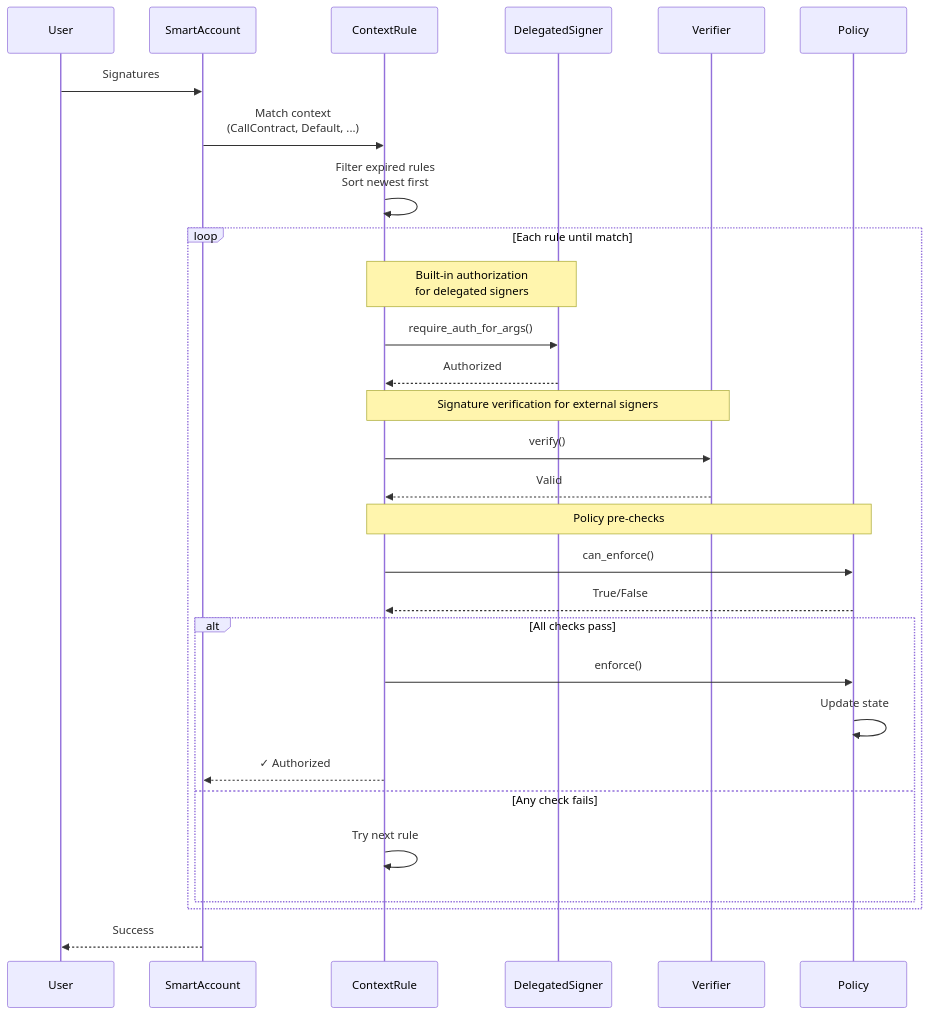
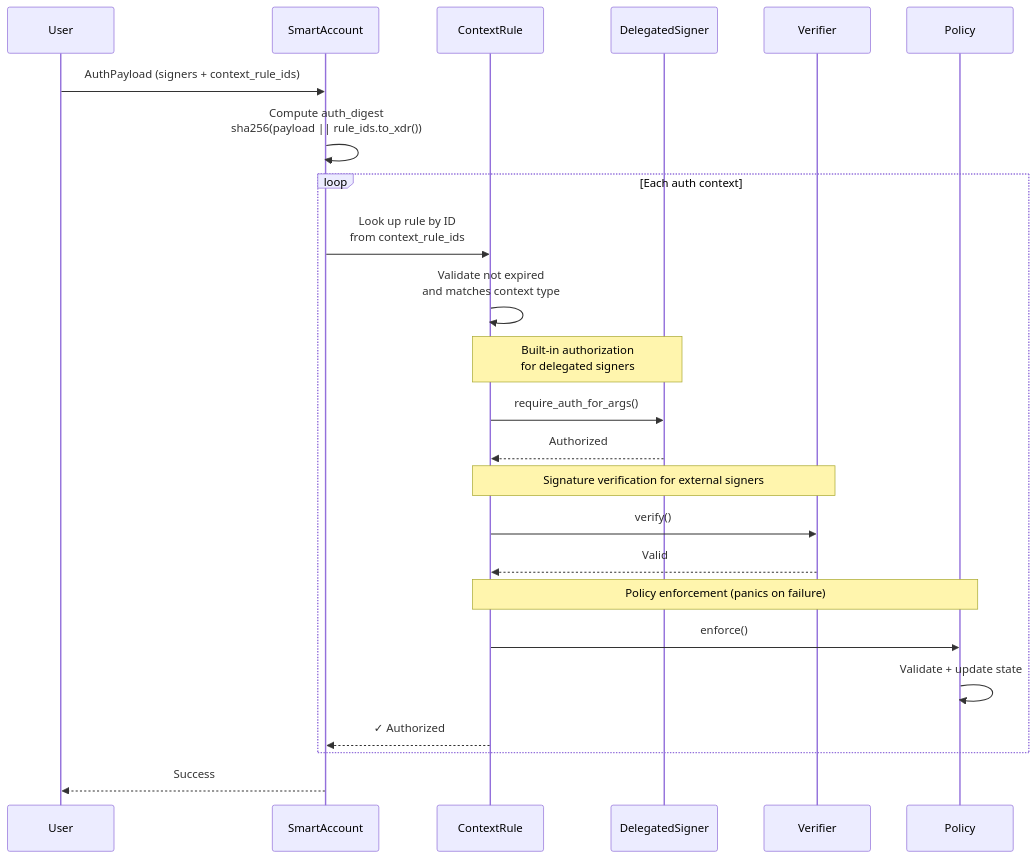
One commit to OpenZeppelin/docs changed the diagram in content/stellar-contracts/accounts/authorization-flow.mdx. Above: the diagram before and after it, drawn with Mermaid. The commit also changed other lines of this file and 4 other files, not shown here.

````diff
--- a/content/stellar-contracts/accounts/authorization-flow.mdx
+++ b/content/stellar-contracts/accounts/authorization-flow.mdx
@@ -8,37 +8,33 @@
 ```mermaid
 sequenceDiagram
     participant User
     participant SmartAccount
     participant ContextRule
     participant DelegatedSigner
     participant Verifier
     participant Policy
 
-    User->>SmartAccount: Signatures
-    SmartAccount->>ContextRule: Match context<br/>(CallContract, Default, ...)
-    ContextRule->>ContextRule: Filter expired rules<br/>Sort newest first
+    User->>SmartAccount: AuthPayload (signers + context_rule_ids)
+    SmartAccount->>SmartAccount: Compute auth_digest<br/>sha256(payload || rule_ids.to_xdr())
 
-    loop Each rule until match
+    loop Each auth context
+        SmartAccount->>ContextRule: Look up rule by ID<br/>from context_rule_ids
+        ContextRule->>ContextRule: Validate not expired<br/>and matches context type
+
         Note over ContextRule,DelegatedSigner: Built-in authorization <br/>for delegated signers
         ContextRule->>DelegatedSigner: require_auth_for_args()
         DelegatedSigner-->>ContextRule: Authorized
 
         Note over ContextRule,Verifier: Signature verification for external signers
         ContextRule->>Verifier: verify()
         Verifier-->>ContextRule: Valid
 
-        Note over ContextRule,Policy: Policy pre-checks
-        ContextRule->>Policy: can_enforce()
-        Policy-->>ContextRule: True/False
+        Note over ContextRule,Policy: Policy enforcement (panics on failure)
+        ContextRule->>Policy: enforce()
+        Policy->>Policy: Validate + update state
 
-        alt All checks pass
-            ContextRule->>Policy: enforce()
-            Policy->>Policy: Update state
-            ContextRule-->>SmartAccount: ✓ Authorized
-        else Any check fails
-            ContextRule->>ContextRule: Try next rule
-        end
+        ContextRule-->>SmartAccount: ✓ Authorized
     end
 
     SmartAccount-->>User: Success
 ```
````
